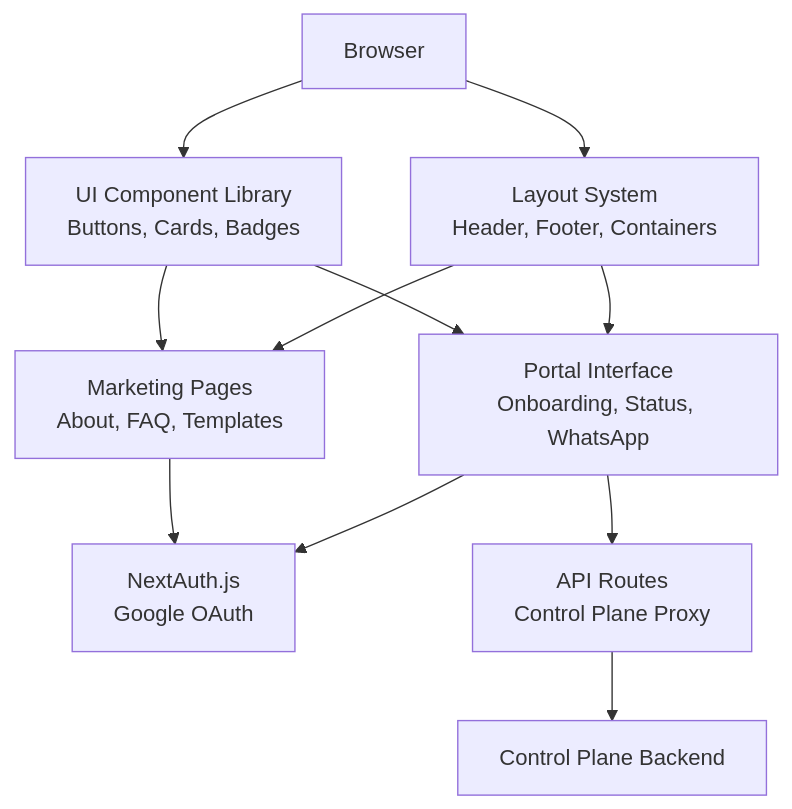
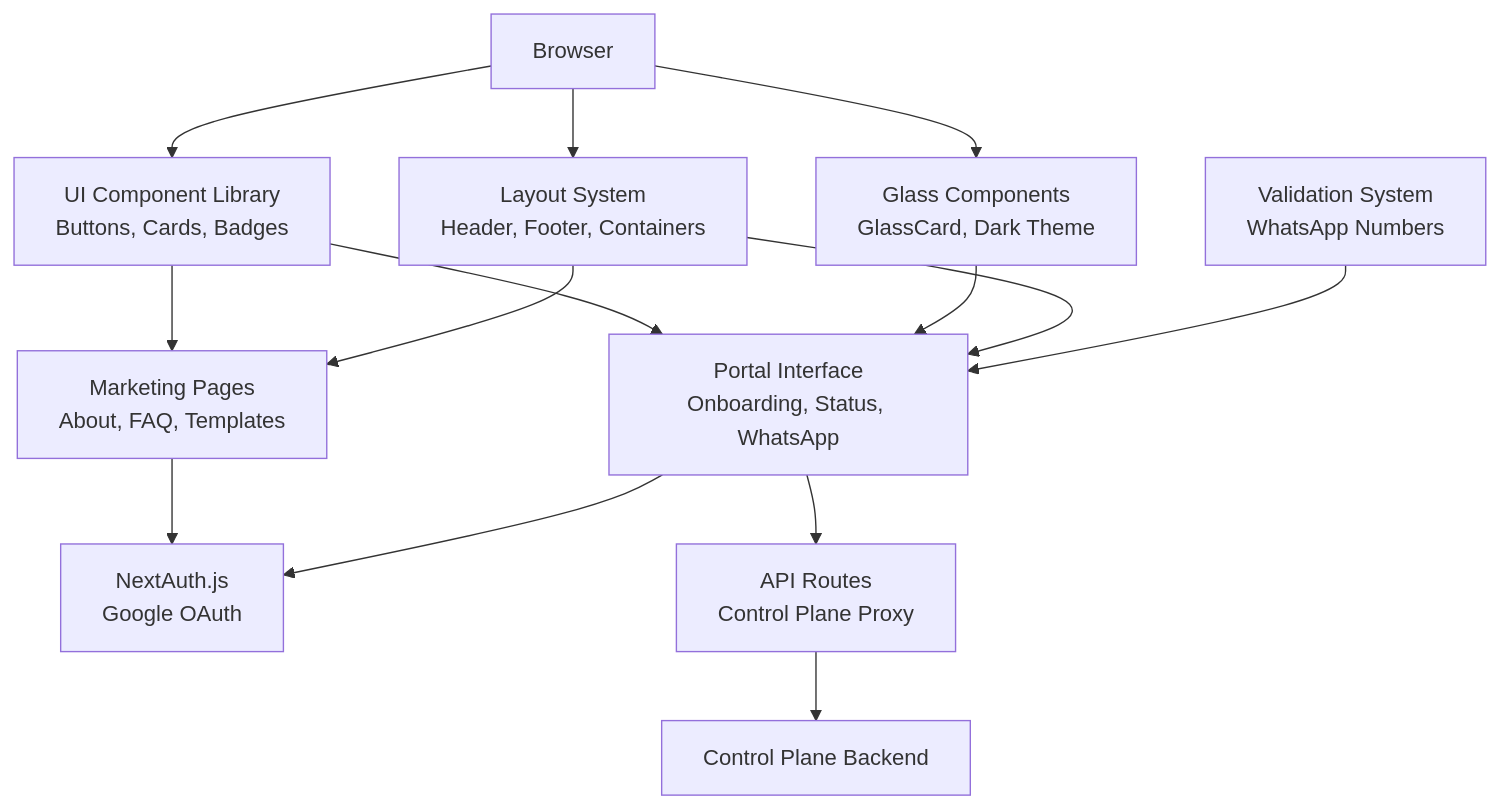
One commit to askchiwa-spec/FLOW-HQ-BOT changed the second of 3 diagrams in .qoder/repowiki/en/content/Frontend Application/Frontend Application.md. Above: the diagram before and after it, drawn with Mermaid. The commit also changed other lines of this file and 69 other files, not shown here.

````diff
--- a/.qoder/repowiki/en/content/Frontend Application/Frontend Application.md
+++ b/.qoder/repowiki/en/content/Frontend Application/Frontend Application.md
@@ -156,20 +172,25 @@
 ```mermaid
 graph TB
 Client["Browser"]
 UI["UI Component Library<br/>Buttons, Cards, Badges"]
+Glass["Glass Components<br/>GlassCard, Dark Theme"]
 Layout["Layout System<br/>Header, Footer, Containers"]
+Validation["Validation System<br/>WhatsApp Numbers"]
 Marketing["Marketing Pages<br/>About, FAQ, Templates"]
 Portal["Portal Interface<br/>Onboarding, Status, WhatsApp"]
 Auth["NextAuth.js<br/>Google OAuth"]
 API["API Routes<br/>Control Plane Proxy"]
 Client --> UI
+Client --> Glass
 Client --> Layout
 UI --> Marketing
 UI --> Portal
+Glass --> Portal
 Layout --> Marketing
 Layout --> Portal
+Validation --> Portal
 Marketing --> Auth
 Portal --> Auth
 Portal --> API
 API --> ControlPlane["Control Plane Backend"]
 ```
````
